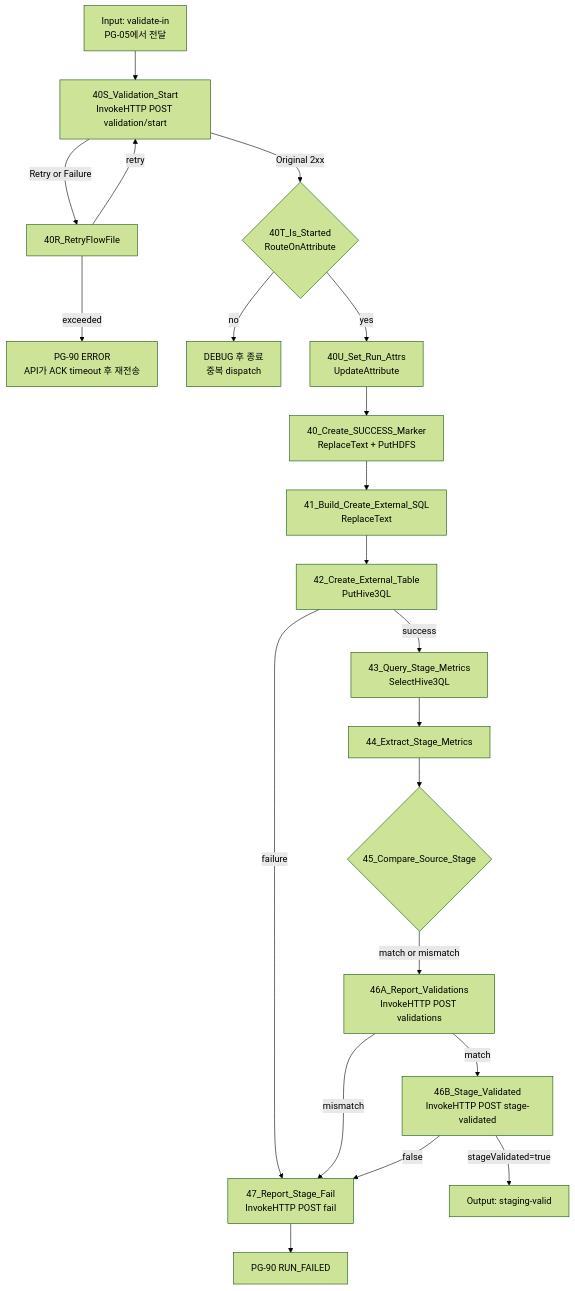
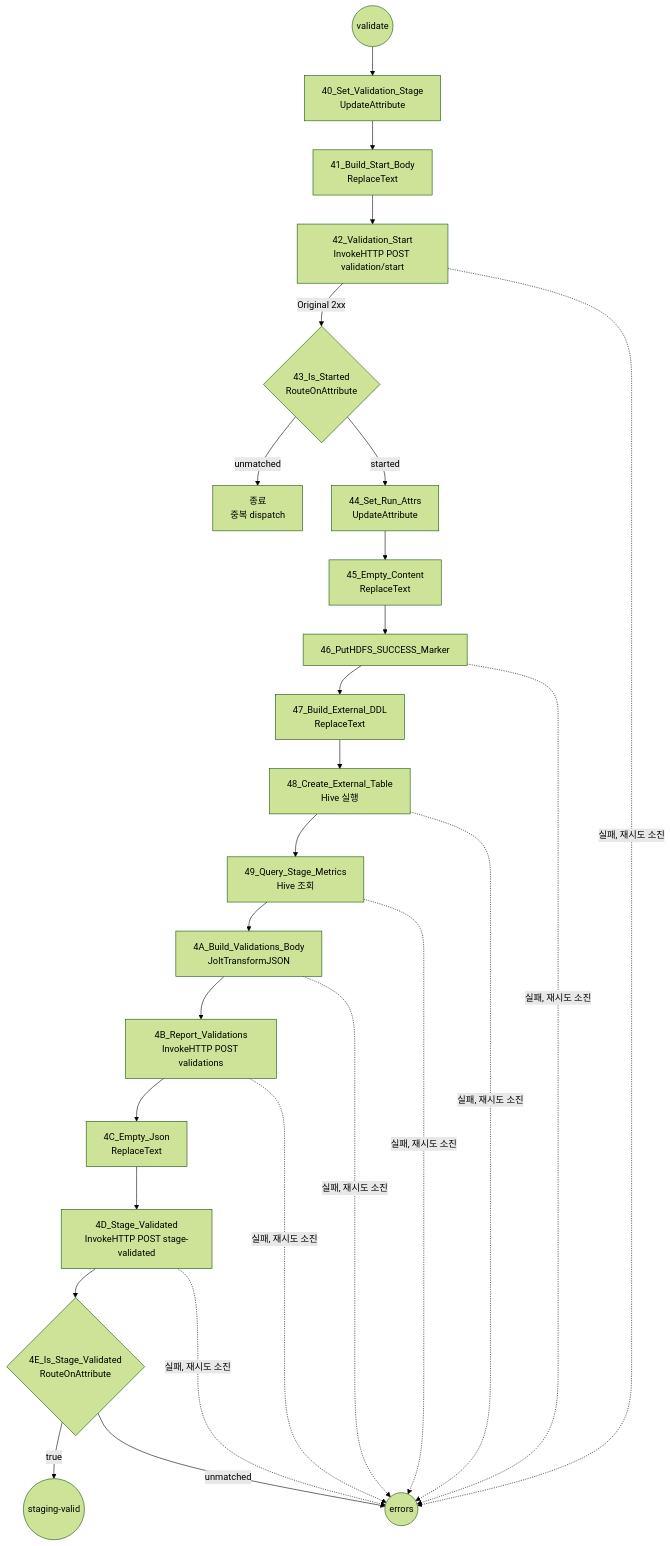
One commit to DataDynamics/nifi-sqoop-removal changed the ninth of 13 diagrams in nifi-sqoop-removal-guide.md. Above: the diagram before and after it, drawn with Mermaid (forest theme). The commit also changed other lines of this file and 2 other files, not shown here.

````diff
--- a/nifi-sqoop-removal-guide.md
+++ b/nifi-sqoop-removal-guide.md
@@ -1238,23 +1276,22 @@
 ```mermaid
 flowchart TD
-    I[Input: validate-in<br/>PG-05에서 전달] --> ST[40S_Validation_Start<br/>InvokeHTTP POST validation/start]
-    ST -->|Original 2xx| T{40T_Is_Started<br/>RouteOnAttribute}
-    ST -->|Retry or Failure| SR[40R_RetryFlowFile]
-    SR -->|retry| ST
-    SR -->|exceeded| F0[PG-90 ERROR<br/>API가 ACK timeout 후 재전송]
-    T -->|no| X[DEBUG 후 종료<br/>중복 dispatch]
-    T -->|yes| U[40U_Set_Run_Attrs<br/>UpdateAttribute]
-    U --> A[40_Create_SUCCESS_Marker<br/>ReplaceText + PutHDFS]
-    A --> B[41_Build_Create_External_SQL<br/>ReplaceText]
-    B --> C[42_Create_External_Table<br/>PutHive3QL]
-    C -->|success| D[43_Query_Stage_Metrics<br/>SelectHive3QL]
-    C -->|failure| F[47_Report_Stage_Fail<br/>InvokeHTTP POST fail]
-    D --> E[44_Extract_Stage_Metrics]
-    E --> R{45_Compare_Source_Stage}
-    R -->|match or mismatch| V[46A_Report_Validations<br/>InvokeHTTP POST validations]
-    V -->|mismatch| F
-    V -->|match| S[46B_Stage_Validated<br/>InvokeHTTP POST stage-validated]
-    S -->|stageValidated=true| O[Output: staging-valid]
-    S -->|false| F
-    F --> FE[PG-90 RUN_FAILED]
+    I((validate)) --> A[40_Set_Validation_Stage<br/>UpdateAttribute]
+    A --> B[41_Build_Start_Body<br/>ReplaceText]
+    B --> C[42_Validation_Start<br/>InvokeHTTP POST validation/start]
+    C -->|Original 2xx| D{43_Is_Started<br/>RouteOnAttribute}
+    D -->|unmatched| X[종료<br/>중복 dispatch]
+    D -->|started| E[44_Set_Run_Attrs<br/>UpdateAttribute]
+    E --> F[45_Empty_Content<br/>ReplaceText]
+    F --> G[46_PutHDFS_SUCCESS_Marker]
+    G --> H[47_Build_External_DDL<br/>ReplaceText]
+    H --> J[48_Create_External_Table<br/>Hive 실행]
+    J --> K[49_Query_Stage_Metrics<br/>Hive 조회]
+    K --> L[4A_Build_Validations_Body<br/>JoltTransformJSON]
+    L --> M[4B_Report_Validations<br/>InvokeHTTP POST validations]
+    M --> N[4C_Empty_Json<br/>ReplaceText]
+    N --> P[4D_Stage_Validated<br/>InvokeHTTP POST stage-validated]
+    P --> Q{4E_Is_Stage_Validated<br/>RouteOnAttribute}
+    Q -->|true| OUT((staging-valid))
+    Q -->|unmatched| ERR((errors))
+    C & G & J & K & L & M & P -.->|실패, 재시도 소진| ERR
 ```
````
